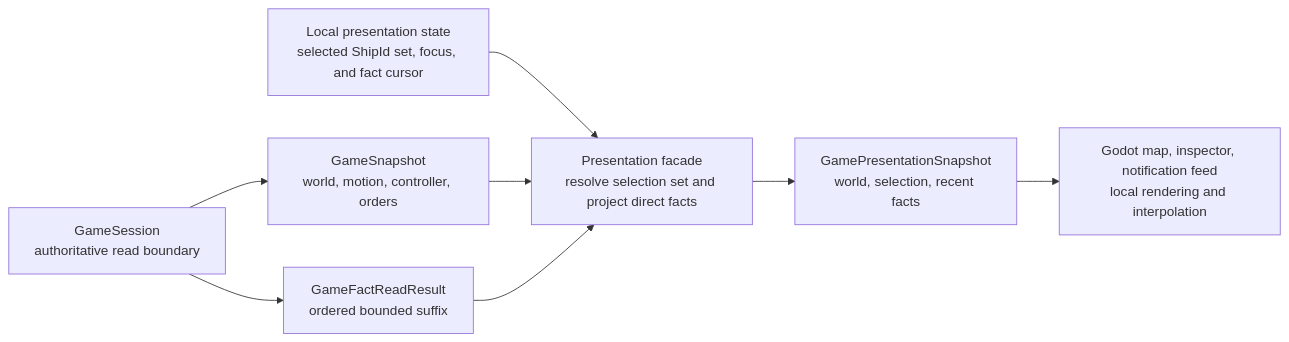
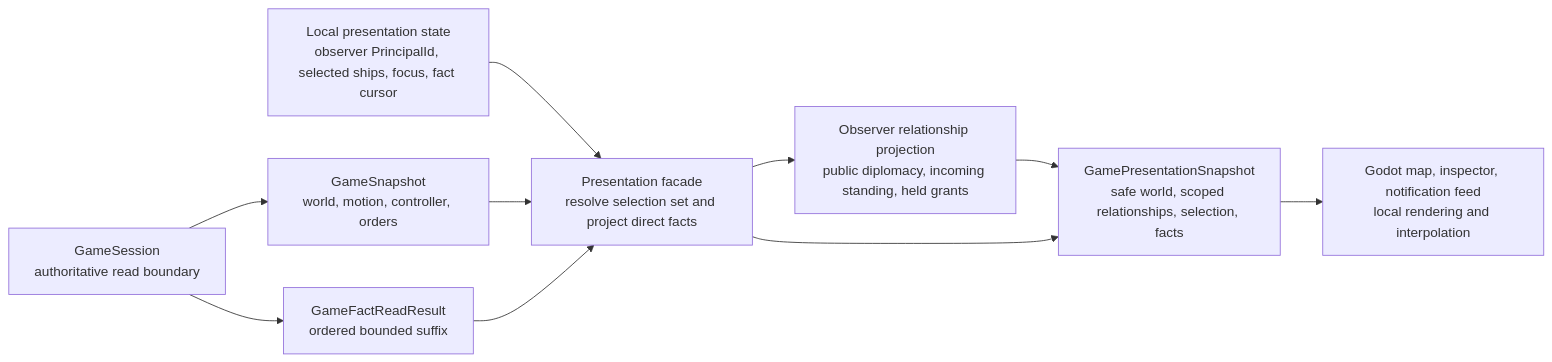
One commit to Elec0/galaxy-simulator changed the diagram in docs/presentation-snapshots.md. Above: the diagram before and after it, drawn with Mermaid. The commit also changed other lines of this file and 8 other files, not shown here.

Commit message:
Scope presentation snapshots to observing principals

````diff
--- a/docs/presentation-snapshots.md
+++ b/docs/presentation-snapshots.md
@@ -61,15 +69,17 @@
 ```mermaid
 flowchart LR
-    input["Local presentation state\nselected ShipId set, focus, and fact cursor"]
+    input["Local presentation state\nobserver PrincipalId, selected ships, focus, fact cursor"]
     session["GameSession\nauthoritative read boundary"]
     world["GameSnapshot\nworld, motion, controller, orders"]
     facts["GameFactReadResult\nordered bounded suffix"]
     compose["Presentation facade\nresolve selection set and project direct facts"]
-    frame["GamePresentationSnapshot\nworld, selection, recent facts"]
+    scope["Observer relationship projection\npublic diplomacy, incoming standing, held grants"]
+    frame["GamePresentationSnapshot\nsafe world, scoped relationships, selection, facts"]
     view["Godot map, inspector, notification feed\nlocal rendering and interpolation"]
 
     input --> compose
     session --> world --> compose
     session --> facts --> compose
+    compose --> scope --> frame
     compose --> frame --> view
 ```
````
